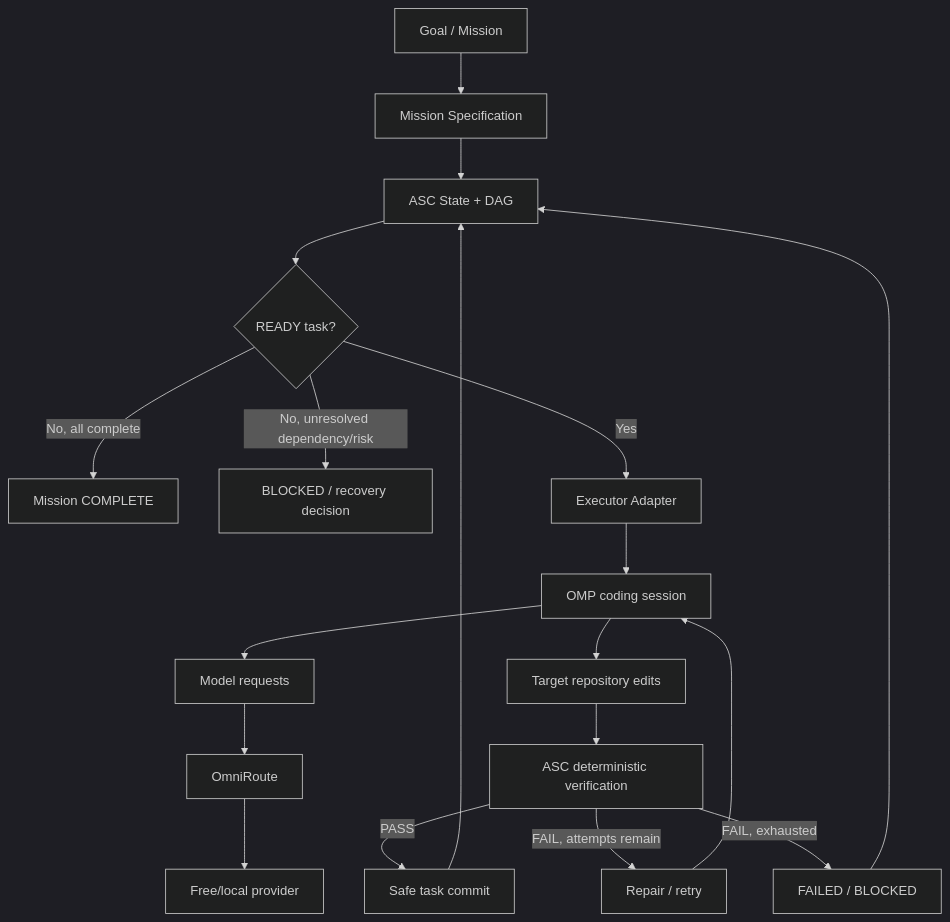
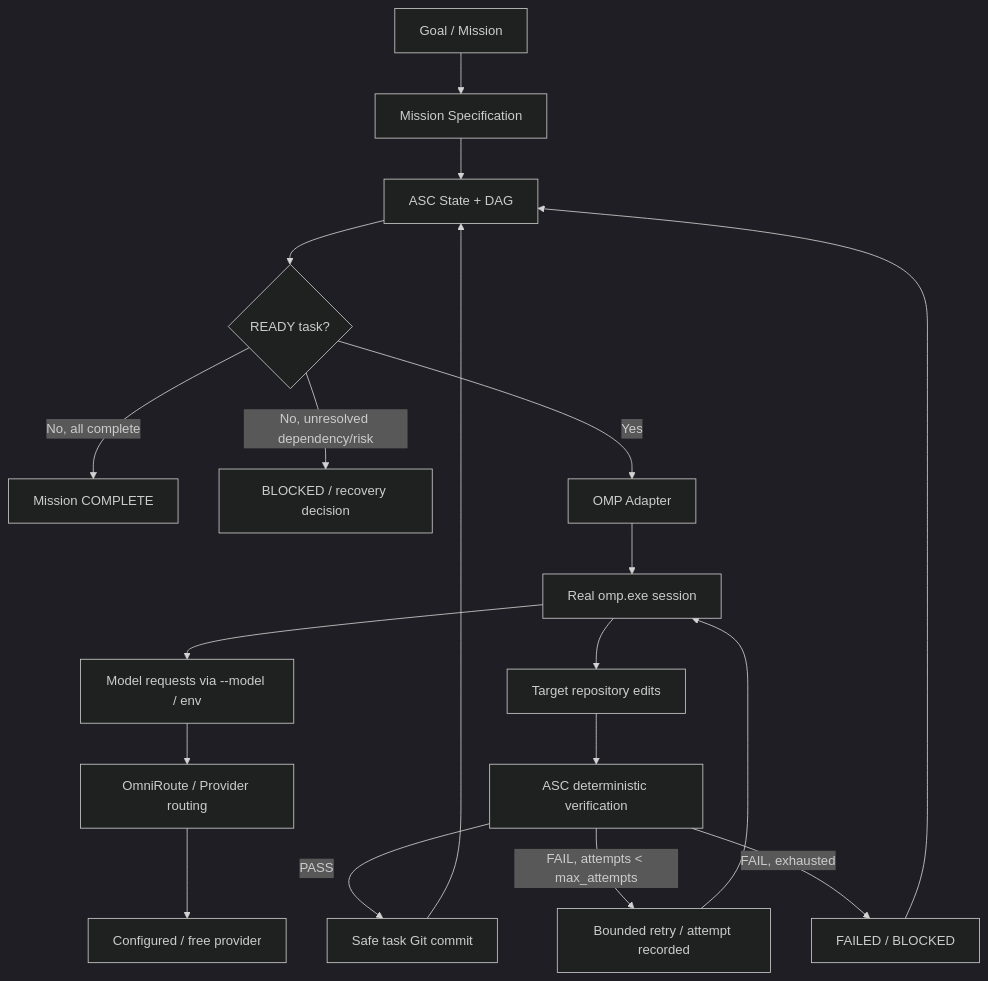
The third of 5 diagrams in docs/project-memory/MIND_MAP.md (usama-jadoon/ASC-Orchestrator-v2), drawn with Mermaid (dark theme) before and after one commit. The commit also changed other lines of this file and 13 other files, not shown here.

Commit message:
feat(v2.1): complete real OMP runtime integration

````diff
--- a/docs/project-memory/MIND_MAP.md
+++ b/docs/project-memory/MIND_MAP.md
@@ -113,27 +113,27 @@
 ```mermaid
 flowchart TD
     G[Goal / Mission] --> P[Mission Specification]
     P --> A[ASC State + DAG]
     A --> R{READY task?}
 
     R -->|No, all complete| C[Mission COMPLETE]
     R -->|No, unresolved dependency/risk| B[BLOCKED / recovery decision]
-    R -->|Yes| E[Executor Adapter]
+    R -->|Yes| E[OMP Adapter]
 
-    E --> O[OMP coding session]
-    O --> M[Model requests]
-    M --> OR[OmniRoute]
-    OR --> PROVIDER[Free/local provider]
+    E --> O[Real omp.exe session]
+    O --> M[Model requests via --model / env]
+    M --> OR[OmniRoute / Provider routing]
+    OR --> PROVIDER[Configured / free provider]
 
     O --> CODE[Target repository edits]
     CODE --> V[ASC deterministic verification]
 
-    V -->|PASS| COMMIT[Safe task commit]
+    V -->|PASS| COMMIT[Safe task Git commit]
     COMMIT --> A
 
-    V -->|FAIL, attempts remain| RETRY[Repair / retry]
+    V -->|FAIL, attempts < max_attempts| RETRY[Bounded retry / attempt recorded]
     RETRY --> O
 
     V -->|FAIL, exhausted| FAIL[FAILED / BLOCKED]
     FAIL --> A
 ```
````
